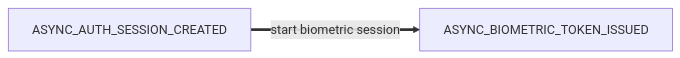
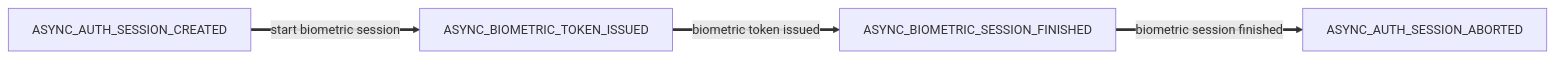
The diagram in backend-api/docs/sessionStateMachine.md (govuk-one-login/mobile-id-check-async), drawn with Mermaid before and after one commit. The commit also changed 6 other files, not shown here.

````diff
--- a/backend-api/docs/sessionStateMachine.md
+++ b/backend-api/docs/sessionStateMachine.md
@@ -5,4 +5,4 @@
 ```mermaid
 flowchart LR
-    ASYNC_AUTH_SESSION_CREATED == start biometric session ==> ASYNC_BIOMETRIC_TOKEN_ISSUED
+    ASYNC_AUTH_SESSION_CREATED == start biometric session ==> ASYNC_BIOMETRIC_TOKEN_ISSUED == biometric token issued ==> ASYNC_BIOMETRIC_SESSION_FINISHED == biometric session finished ==> ASYNC_AUTH_SESSION_ABORTED
 ```
````
